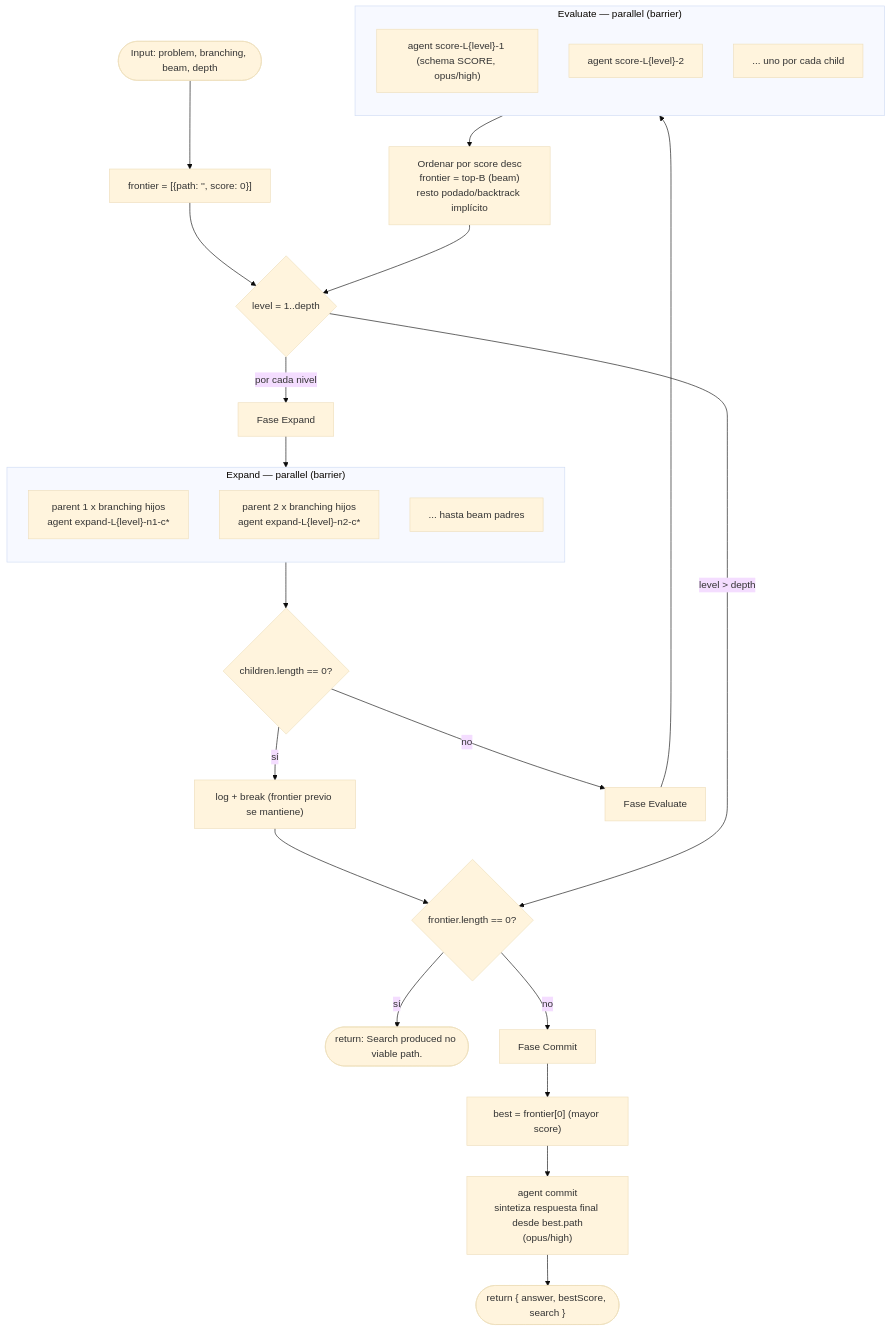
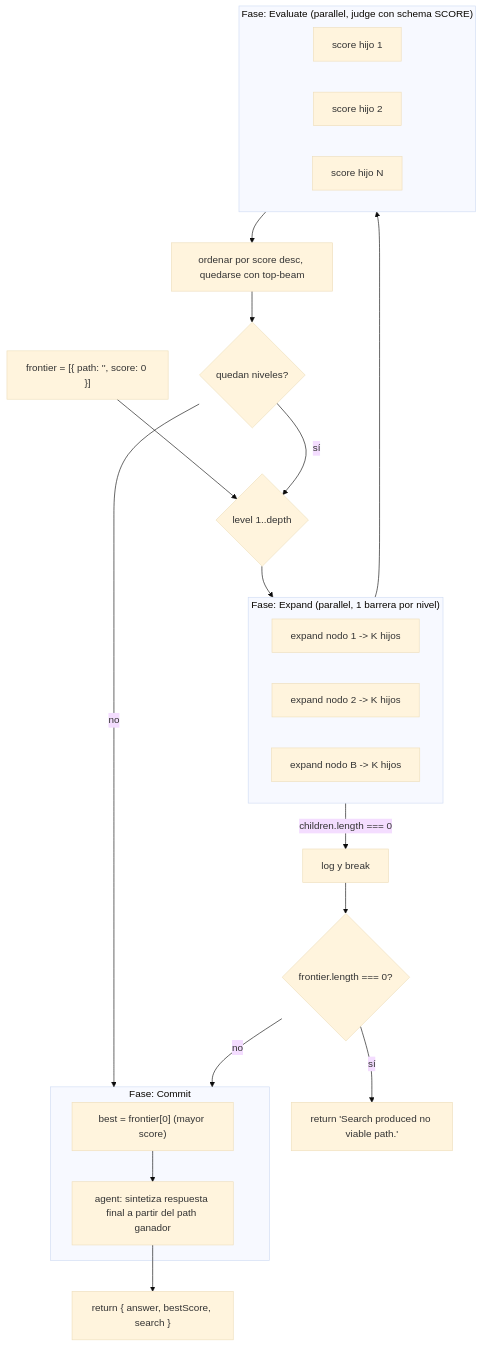
Before and after one commit to andrestobelem/pandi-extensions: the diagram in docs/scaffolds/tree-of-thoughts.md, drawn with Mermaid (base theme). The commit also changed other lines of this file and 43 other files, not shown here.

````diff
--- a/docs/scaffolds/tree-of-thoughts.md
+++ b/docs/scaffolds/tree-of-thoughts.md
@@ -30,36 +33,35 @@
 ```mermaid
 flowchart TD
-    Start(["Input: problem, branching, beam, depth"]) --> Init["frontier = [{path: '', score: 0}]"]
-    Init --> LevelLoop{"level = 1..depth"}
+    Start["frontier = [{ path: '', score: 0 }]"] --> Level{"level 1..depth"}
 
-    LevelLoop -->|"por cada nivel"| Expand["Fase Expand"]
+    subgraph Expand["Fase: Expand (parallel, 1 barrera por nivel)"]
+        E1["expand nodo 1 -> K hijos"]
+        E2["expand nodo 2 -> K hijos"]
+        EN["expand nodo B -> K hijos"]
+    end
 
-    subgraph ExpandPhase["Expand — parallel (barrier)"]
-        direction TB
-        E1["parent 1 x branching hijos<br/>agent expand-L{level}-n1-c*"]
-        E2["parent 2 x branching hijos<br/>agent expand-L{level}-n2-c*"]
-        Edots["... hasta beam padres"]
+    subgraph Evaluate["Fase: Evaluate (parallel, judge con schema SCORE)"]
+        S1["score hijo 1"]
+        S2["score hijo 2"]
+        SN["score hijo N"]
     end
-    Expand --> ExpandPhase
-    ExpandPhase --> Children{"children.length == 0?"}
-    Children -->|"sí"| StopEarly["log + break (frontier previo se mantiene)"]
-    Children -->|"no"| Evaluate["Fase Evaluate"]
 
-    subgraph EvaluatePhase["Evaluate — parallel (barrier)"]
-        direction TB
-        S1["agent score-L{level}-1 (schema SCORE, opus/high)"]
-        S2["agent score-L{level}-2"]
-        Sdots["... uno por cada child"]
+    Level --> Expand
+    Expand -->|"children.length === 0"| StopEarly["log y break"]
+    Expand --> Evaluate
+    Evaluate --> Prune["ordenar por score desc, quedarse con top-beam"]
+    Prune --> NextLevel{"quedan niveles?"}
+    NextLevel -->|"sí"| Level
+    NextLevel -->|"no"| Commit
+
+    subgraph Commit["Fase: Commit"]
+        Best["best = frontier[0] (mayor score)"]
+        Synth["agent: sintetiza respuesta final a partir del path ganador"]
     end
-    Evaluate --> EvaluatePhase
-    EvaluatePhase --> Prune["Ordenar por score desc\nfrontier = top-B (beam)\nresto podado/backtrack implícito"]
-    Prune --> LevelLoop
 
-    StopEarly --> AfterLoop
-    LevelLoop -->|"level > depth"| AfterLoop{"frontier.length == 0?"}
-    AfterLoop -->|"sí"| NoPath(["return: Search produced no viable path."])
-    AfterLoop -->|"no"| Commit["Fase Commit"]
-    Commit --> BestPick["best = frontier[0] (mayor score)"]
-    BestPick --> CommitAgent["agent commit\nsintetiza respuesta final desde best.path\n(opus/high)"]
-    CommitAgent --> Out(["return { answer, bestScore, search }"])
+    Best --> Synth
+    Synth --> Out["return { answer, bestScore, search }"]
+    StopEarly --> EmptyCheck{"frontier.length === 0?"}
+    EmptyCheck -->|"sí"| NoPath["return 'Search produced no viable path.'"]
+    EmptyCheck -->|"no"| Commit
 ```
````
